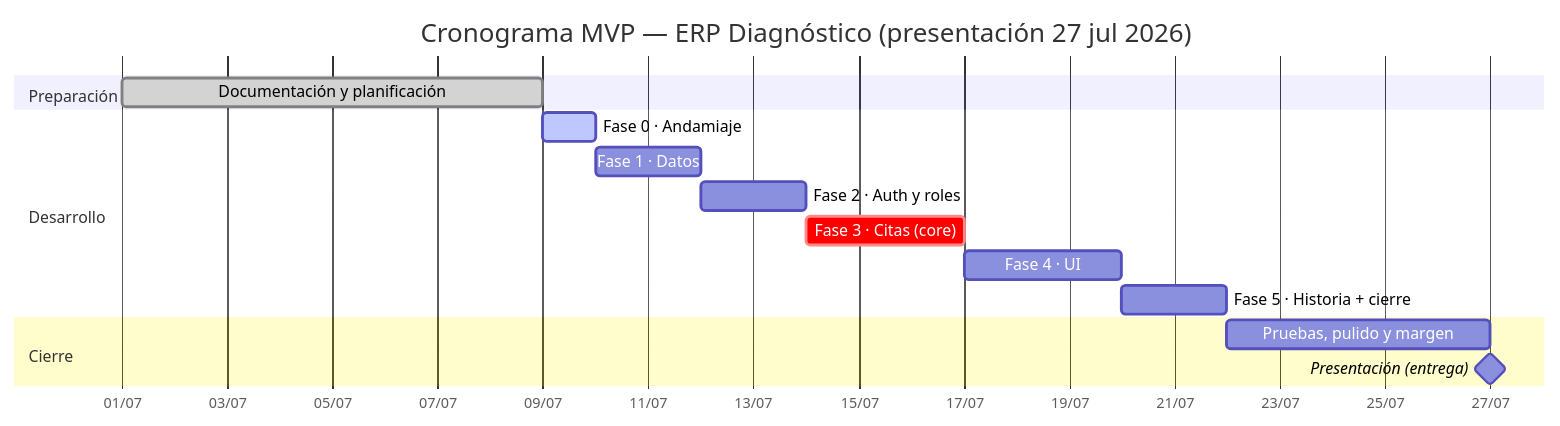
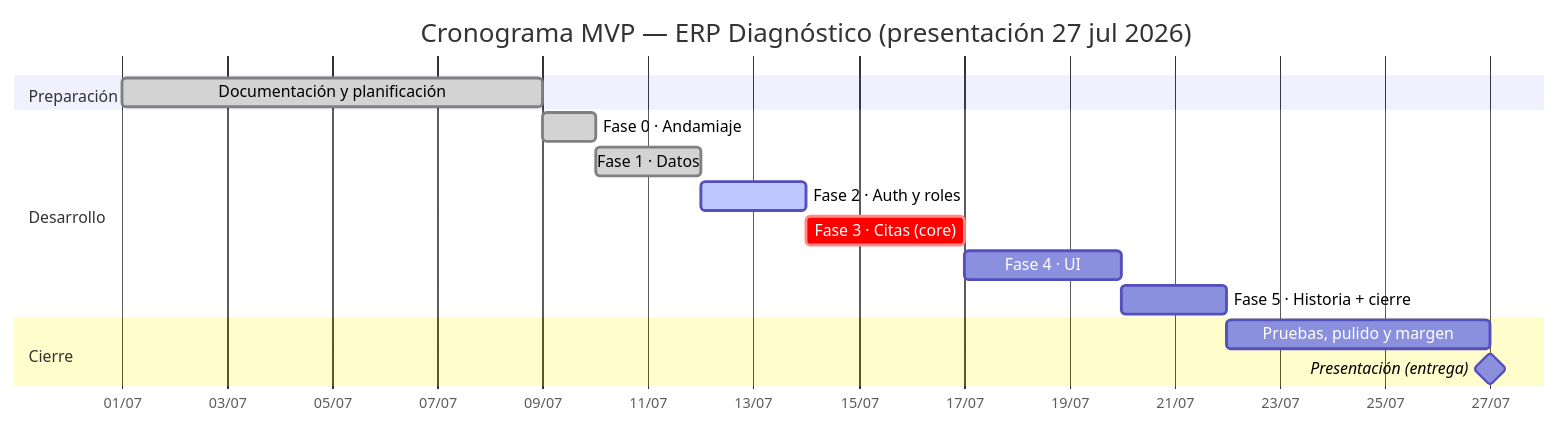
One commit to DhanaCorredor/diagnostico-backend changed the diagram in docs/ROADMAP.md. Above: the diagram before and after it, drawn with Mermaid. The commit also changed other lines of this file, not shown here.

Commit message:
docs: mark Fase 0 and Fase 1 as done in roadmap kanban and gantt

````diff
--- a/docs/ROADMAP.md
+++ b/docs/ROADMAP.md
@@ -73,21 +73,21 @@
 ```mermaid
 gantt
     title Cronograma MVP — ERP Diagnóstico (presentación 27 jul 2026)
     dateFormat  YYYY-MM-DD
     axisFormat  %d/%m
 
     section Preparación
     Documentación y planificación :done, doc, 2026-07-01, 2026-07-09
 
     section Desarrollo
-    Fase 0 · Andamiaje         :active, f0, 2026-07-09, 1d
-    Fase 1 · Datos             :        f1, after f0, 2d
-    Fase 2 · Auth y roles      :        f2, after f1, 2d
+    Fase 0 · Andamiaje         :done,   f0, 2026-07-09, 1d
+    Fase 1 · Datos             :done,   f1, after f0, 2d
+    Fase 2 · Auth y roles      :active, f2, after f1, 2d
     Fase 3 · Citas (core)      :crit,   f3, after f2, 3d
     Fase 4 · UI                :        f4, after f3, 3d
     Fase 5 · Historia + cierre :        f5, after f4, 2d
 
     section Cierre
     Pruebas, pulido y margen   :        qa, after f5, 5d
     Presentación (entrega)     :milestone, pres, 2026-07-27, 0d
 ```
````
